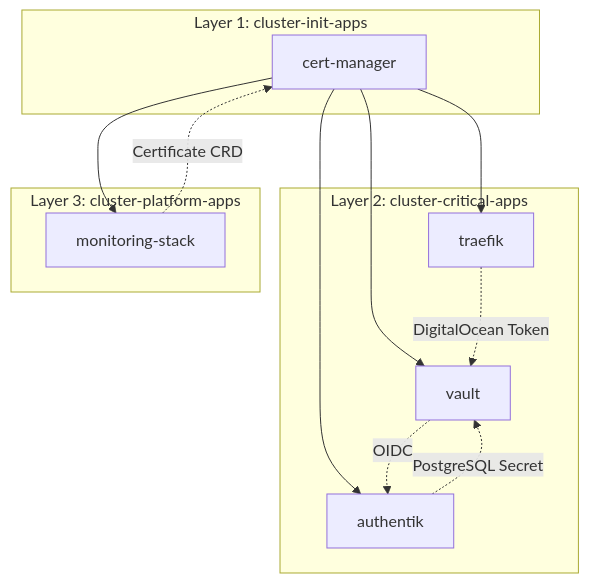
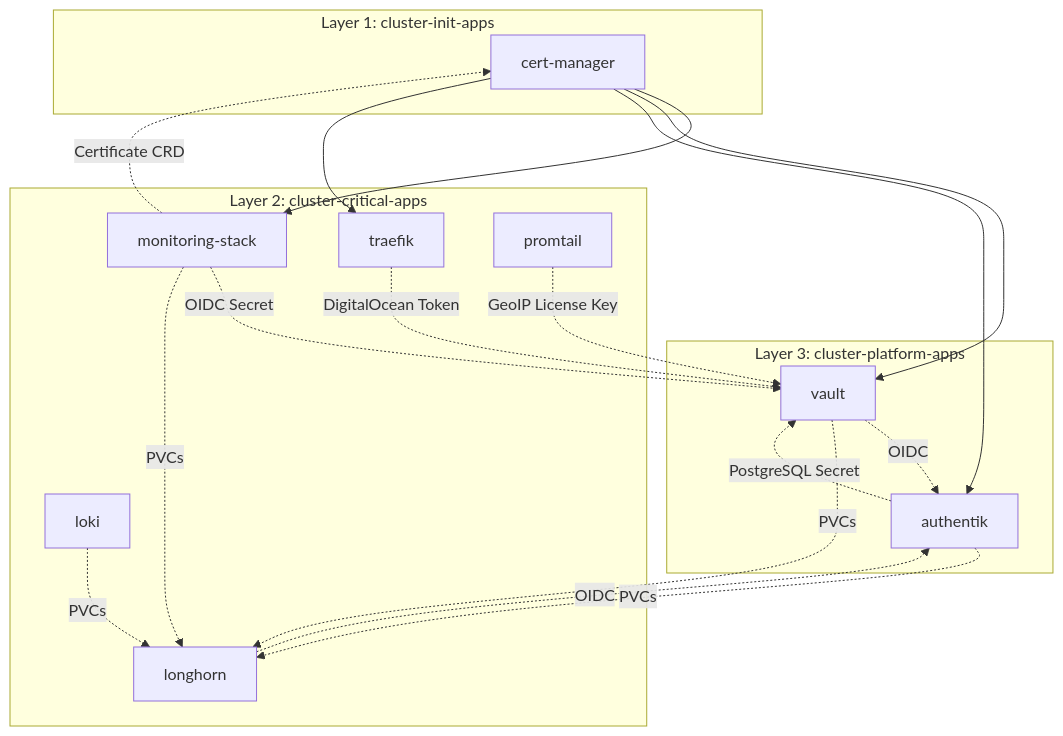
Before and after one commit to mikevader/k3s-cluster-infra-apps: the fifth of 5 diagrams in docs/getting-started/architecture.md, drawn with Mermaid.

Commit message:
chore: update architecture diagram to include Longhorn, Loki, and Promtail

````diff
--- a/docs/getting-started/architecture.md
+++ b/docs/getting-started/architecture.md
@@ -250,26 +250,36 @@
 ```mermaid
 graph TD
     subgraph "Layer 1: cluster-init-apps"
         CertManager[cert-manager]
     end
 
     subgraph "Layer 2: cluster-critical-apps"
-        Vault[vault]
-        Authentik[authentik]
         Traefik[traefik]
+        Longhorn[longhorn]
+        MonitoringStack[monitoring-stack]
+        Loki[loki]
+        Promtail[promtail]
     end
 
     subgraph "Layer 3: cluster-platform-apps"
-        MonitoringStack[monitoring-stack]
+        Vault[vault]
+        Authentik[authentik]
     end
 
     CertManager --> MonitoringStack
     CertManager --> Vault
     CertManager --> Authentik
     CertManager --> Traefik
     MonitoringStack -.->|Certificate CRD| CertManager
     Vault -.->|OIDC| Authentik
     Authentik -.->|PostgreSQL Secret| Vault
     Traefik -.->|DigitalOcean Token| Vault
+    Longhorn -.->|OIDC| Authentik
+    MonitoringStack -.->|OIDC Secret| Vault
+    Promtail -.->|GeoIP License Key| Vault
+    Vault -.->|PVCs| Longhorn
+    MonitoringStack -.->|PVCs| Longhorn
+    Loki -.->|PVCs| Longhorn
+    Authentik -.->|PVCs| Longhorn
 
 ```
````
